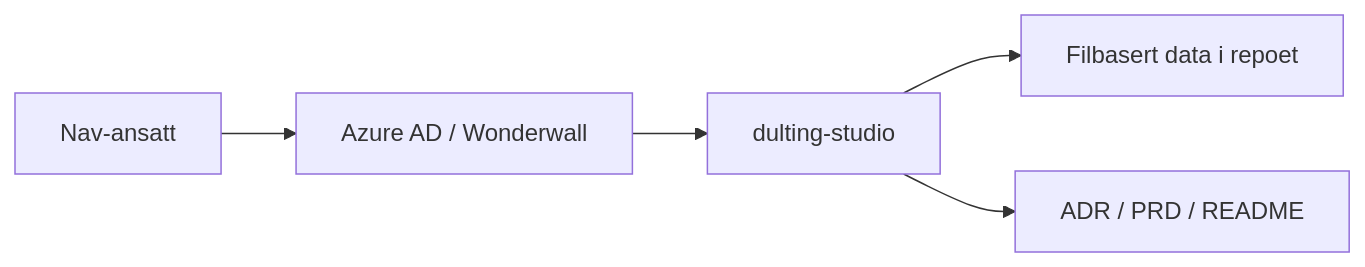
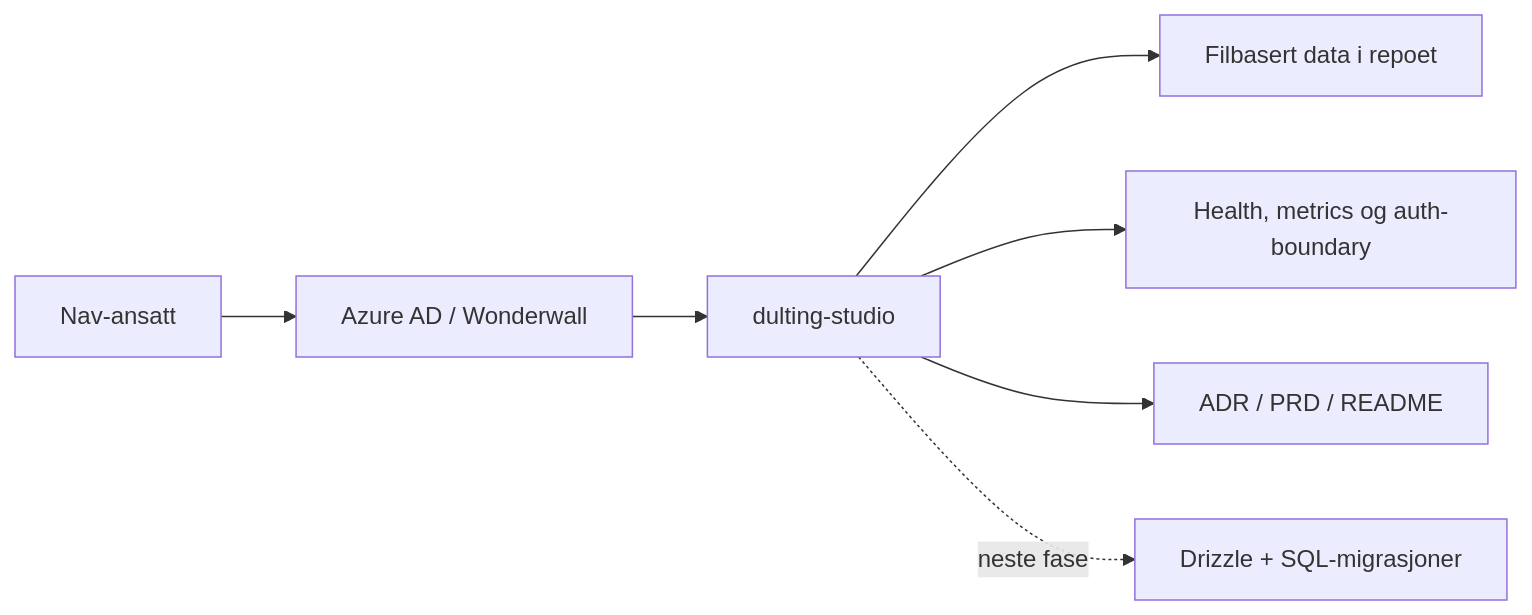
Before and after one commit to navikt/dulting-studio: the diagram in README.md, drawn with Mermaid. The commit also changed other lines of this file and 58 other files, not shown here.

````diff
--- a/README.md
+++ b/README.md
@@ -25,7 +25,9 @@
 ```mermaid
 graph LR
     Ansatt["Nav-ansatt"] --> Azure["Azure AD / Wonderwall"]
     Azure --> App["dulting-studio"]
     App --> Files["Filbasert data i repoet"]
+    App --> Shell["Health, metrics og auth-boundary"]
     App --> Docs["ADR / PRD / README"]
+    App -. neste fase .-> Db["Drizzle + SQL-migrasjoner"]
 ```
````
